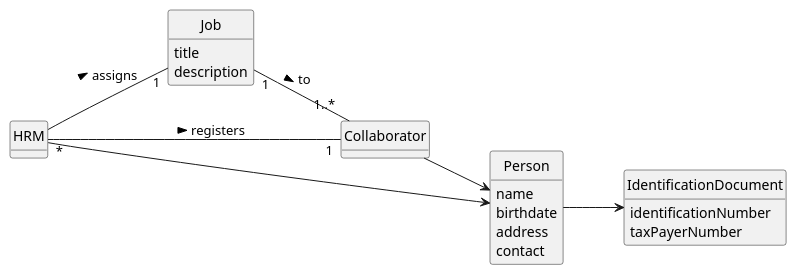
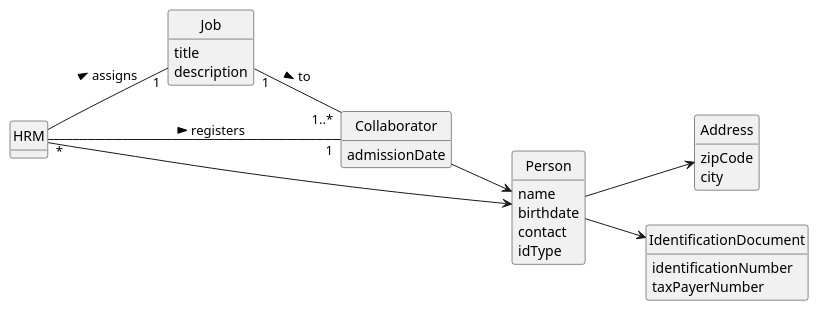
The diagram in docs/sprintA/us003/02.analysis/puml/us003-domain-model.puml (ricardomm7/leaflink), drawn with PlantUML before and after one commit. The commit also changed 7 other files, not shown here.

```diff
--- a/docs/sprintA/us003/02.analysis/puml/us003-domain-model.puml
+++ b/docs/sprintA/us003/02.analysis/puml/us003-domain-model.puml
@@ -1,47 +1,52 @@
 @startuml
 skinparam monochrome true
 skinparam packageStyle rectangle
 skinparam shadowing false
 
 left to right direction
 
 skinparam classAttributeIconSize 0
 
 hide circle
 hide methods
 
 
 class HRM {
 }
 
 class Job {
     title
     description
 }
 
 class Collaborator {
-
+    admissionDate
 }
 
 class Person {
     name
     birthdate
-    address
     contact
+    idType
+}
 
+class Address{
+    zipCode
+    city
 }
 
 class IdentificationDocument{
   identificationNumber
   taxPayerNumber
 }
 
 ' Relationships
 HRM  -->  Person
+Person --> Address
 Collaborator  -->  Person
 Person  -->  IdentificationDocument
 HRM "*" -- "1" Collaborator : registers >
 HRM -- "1" Job : assigns >
 Job "1" -- "1..*" Collaborator : to >
 
 @enduml
```
